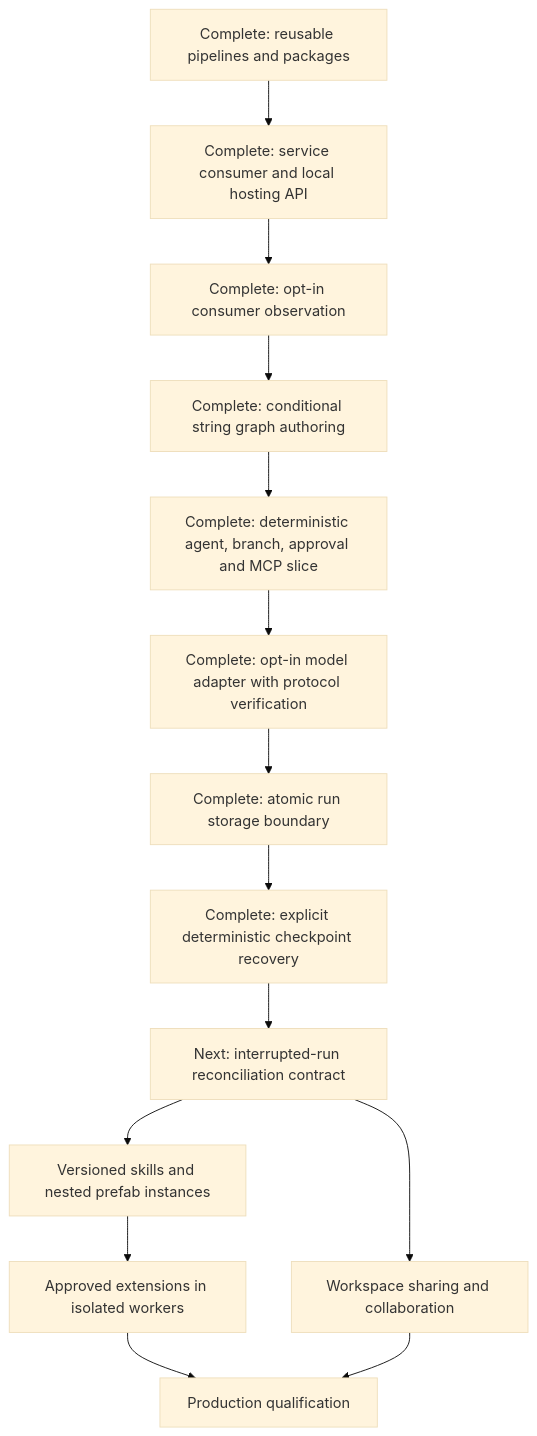
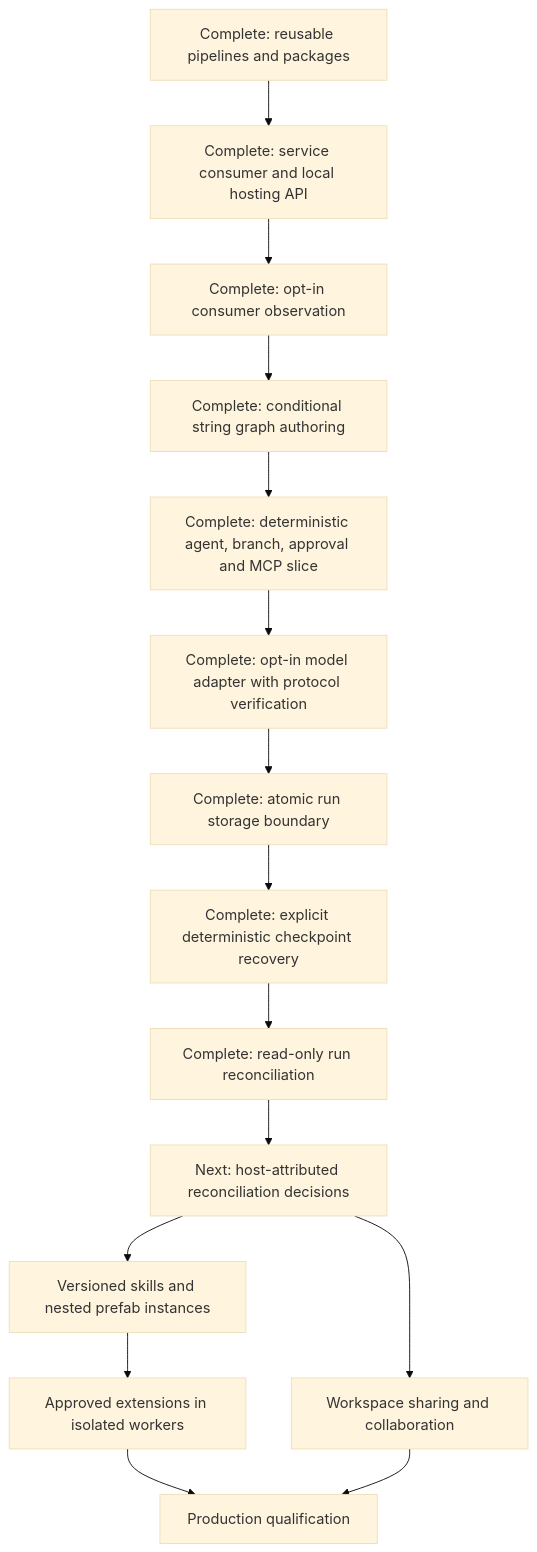
Before and after one commit to gnalvesteffer/visual-agent-workflow: the diagram in docs/roadmap.md, drawn with Mermaid (base theme). The commit also changed other lines of this file and 39 other files, not shown here.

Commit message:
Add read-only run reconciliation and per-call evidence

````diff
--- a/docs/roadmap.md
+++ b/docs/roadmap.md
@@ -62,16 +66,17 @@
 ```mermaid
 flowchart TD
     Reuse["Complete: reusable pipelines and packages"] --> Hosting["Complete: service consumer and local hosting API"]
     Hosting --> Observe["Complete: opt-in consumer observation"]
     Observe --> Graph["Complete: conditional string graph authoring"]
     Graph --> Vertical["Complete: deterministic agent, branch, approval and MCP slice"]
     Vertical --> Models["Complete: opt-in model adapter with protocol verification"]
     Models --> Store["Complete: atomic run storage boundary"]
     Store --> Recovery["Complete: explicit deterministic checkpoint recovery"]
-    Recovery --> Durable["Next: interrupted-run reconciliation contract"]
+    Recovery --> Assess["Complete: read-only run reconciliation"]
+    Assess --> Durable["Next: host-attributed reconciliation decisions"]
     Durable --> Assets["Versioned skills and nested prefab instances"]
     Assets --> Extensions["Approved extensions in isolated workers"]
     Durable --> Collaboration["Workspace sharing and collaboration"]
     Extensions --> Production["Production qualification"]
     Collaboration --> Production
 ```
````
